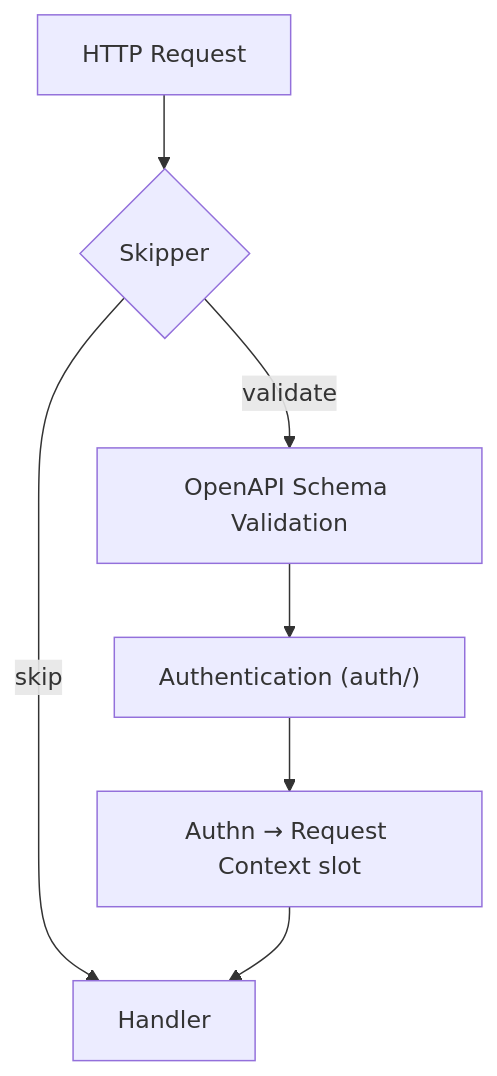
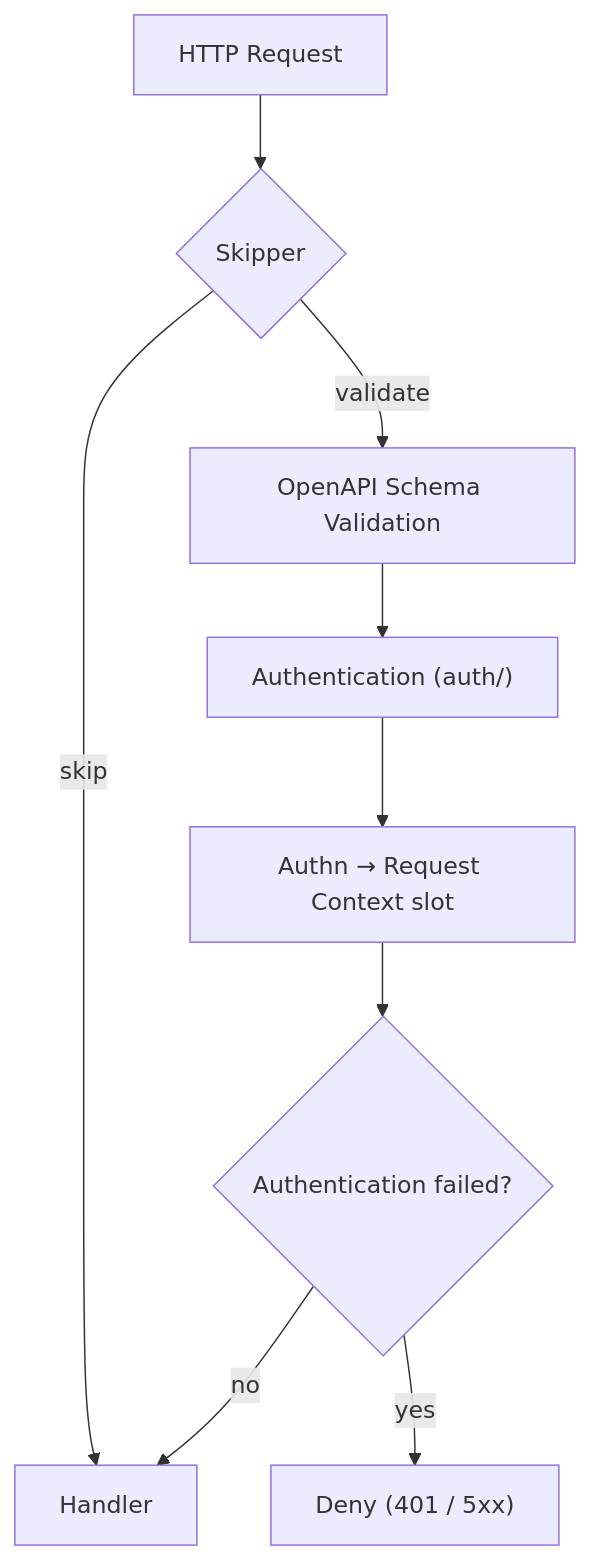
One commit to Tomy-ch/go-boilerplate changed the diagram in internal/controller/httpstack/oapi/README.md. Above: the diagram before and after it, drawn with Mermaid. The commit also changed other lines of this file and 12 other files, not shown here.

````diff
--- a/internal/controller/httpstack/oapi/README.md
+++ b/internal/controller/httpstack/oapi/README.md
@@ -11,15 +11,19 @@
 ```mermaid
 flowchart TB
     Request["HTTP Request"]
     Skipper{"Skipper"}
     Validate["OpenAPI Schema Validation"]
     Auth["Authentication (auth/)"]
     Authn["Authn → Request Context slot"]
     Handler["Handler"]
 
+    FailClosed{"Authentication failed?"}
+
     Request --> Skipper
     Skipper -- skip --> Handler
     Skipper -- validate --> Validate
     Validate --> Auth
-    Auth --> Authn --> Handler
+    Auth --> Authn --> FailClosed
+    FailClosed -- yes --> Deny["Deny (401 / 5xx)"]
+    FailClosed -- no --> Handler
 ```
````
